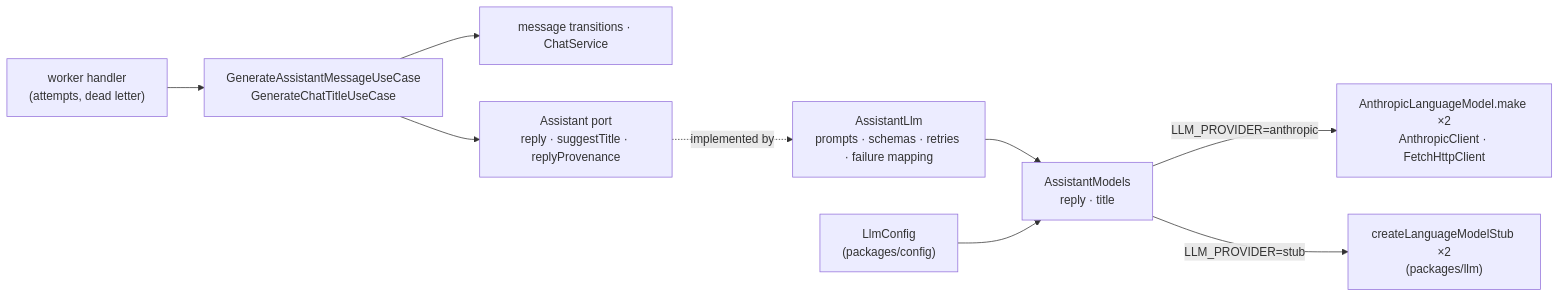
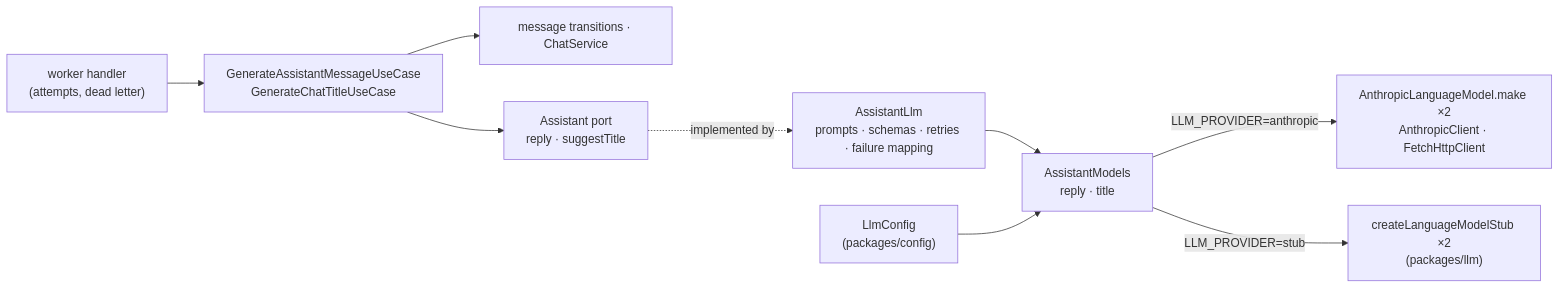
One commit to khotei/app-template changed the diagram in docs/tickets/2026-10-29-1435_llm-providers/architecture.md. Above: the diagram before and after it, drawn with Mermaid. The commit also changed other lines of this file and 8 other files, not shown here.

````diff
--- a/docs/tickets/2026-10-29-1435_llm-providers/architecture.md
+++ b/docs/tickets/2026-10-29-1435_llm-providers/architecture.md
@@ -26,11 +27,11 @@
 ```mermaid
 graph LR
   H["worker handler<br/>(attempts, dead letter)"] --> UC["GenerateAssistantMessageUseCase<br/>GenerateChatTitleUseCase"]
   UC --> MS["message transitions · ChatService"]
-  UC --> A["Assistant port<br/>reply · suggestTitle · replyProvenance"]
+  UC --> A["Assistant port<br/>reply · suggestTitle"]
   A -.implemented by.-> L["AssistantLlm<br/>prompts · schemas · retries · failure mapping"]
   L --> M["AssistantModels<br/>reply · title"]
   M -->|"LLM_PROVIDER=anthropic"| AN["AnthropicLanguageModel.make ×2<br/>AnthropicClient · FetchHttpClient"]
   M -->|"LLM_PROVIDER=stub"| ST["createLanguageModelStub ×2<br/>(packages/llm)"]
   C["LlmConfig<br/>(packages/config)"] --> M
 ```
````
